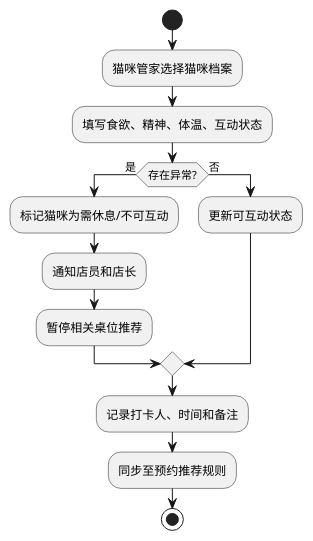
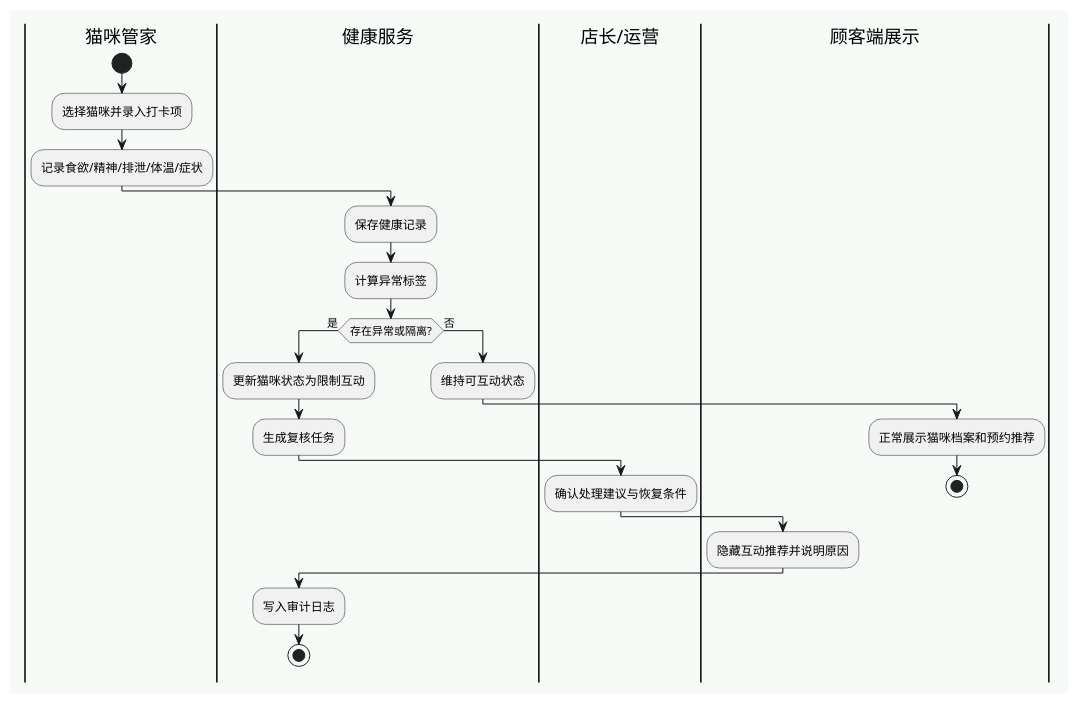
Before and after one commit to EridanusQ/BJFU-SoftwareEngineer: the diagram in 实验一_智能化需求工程与UML建模/D1-4_UML模型集/activity/猫咪健康打卡活动图.puml, drawn with PlantUML. The commit also changed 40 other files, not shown here.

Commit message:
docs(lab1): polish D1-4 UML and D1-5 traceability

```diff
--- a/实验一_智能化需求工程与UML建模/D1-4_UML模型集/activity/猫咪健康打卡活动图.puml
+++ b/实验一_智能化需求工程与UML建模/D1-4_UML模型集/activity/猫咪健康打卡活动图.puml
@@ -1,15 +1,28 @@
 @startuml
+skinparam backgroundColor #F6FBF8
+skinparam shadowing false
+skinparam defaultFontName Microsoft YaHei
+|猫咪管家|
 start
-:猫咪管家选择猫咪档案;
-:填写食欲、精神、体温、互动状态;
-if (存在异常?) then (是)
-  :标记猫咪为需休息/不可互动;
-  :通知店员和店长;
-  :暂停相关桌位推荐;
+:选择猫咪并录入打卡项;
+:记录食欲/精神/排泄/体温/症状;
+|健康服务|
+:保存健康记录;
+:计算异常标签;
+if (存在异常或隔离?) then (是)
+  :更新猫咪状态为限制互动;
+  :生成复核任务;
+  |店长/运营|
+  :确认处理建议与恢复条件;
+  |顾客端展示|
+  :隐藏互动推荐并说明原因;
+  |健康服务|
+  :写入审计日志;
+  stop
 else (否)
-  :更新可互动状态;
+  :维持可互动状态;
+  |顾客端展示|
+  :正常展示猫咪档案和预约推荐;
+  stop
 endif
-:记录打卡人、时间和备注;
-:同步至预约推荐规则;
-stop
 @enduml
```
